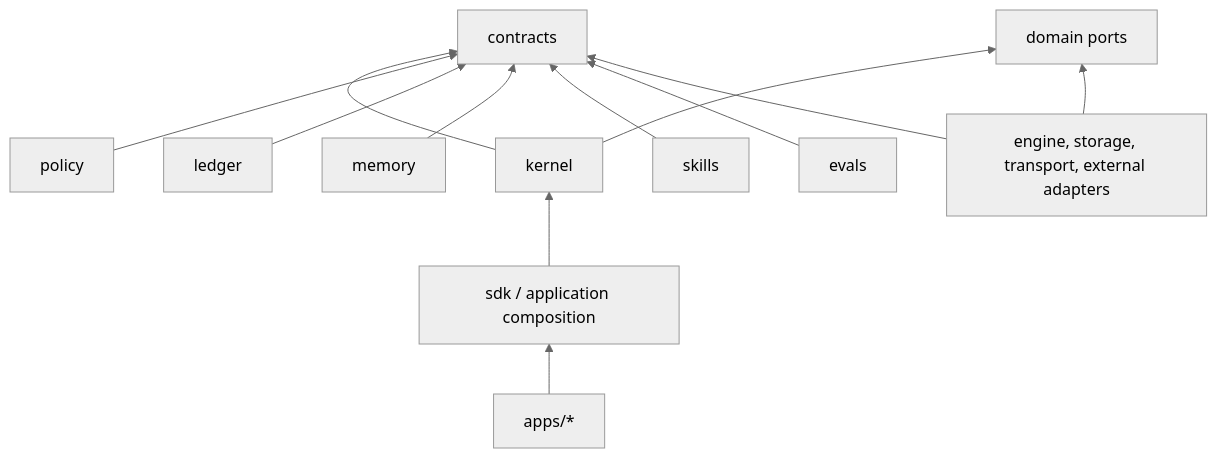
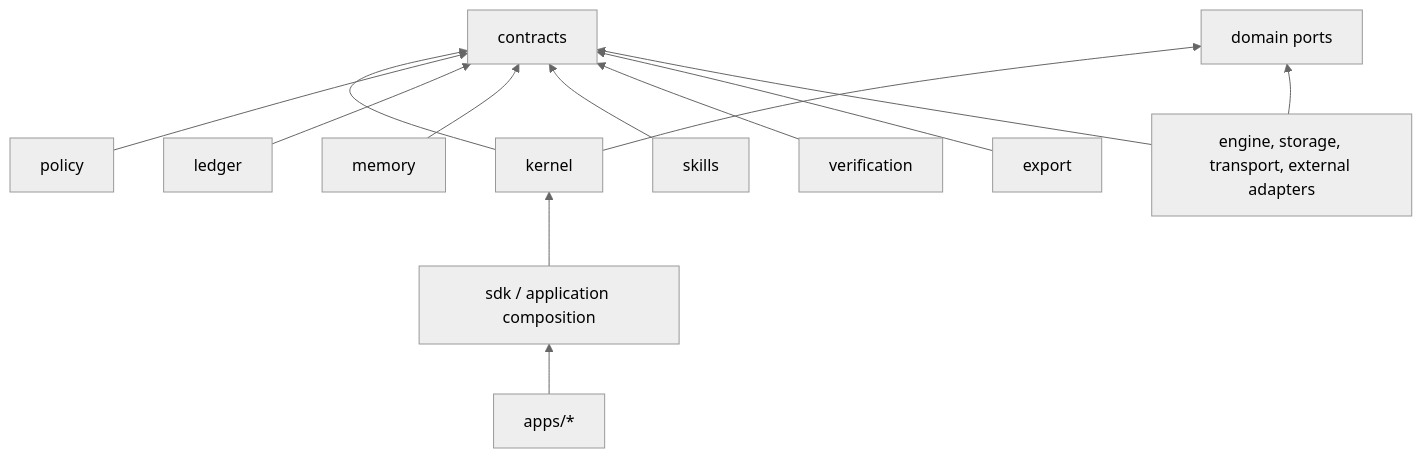
The second of 4 diagrams in docs/ARCHITECTURE.md (lamenting-hawthorn/governed-agent-harness), drawn with Mermaid (neutral theme) before and after one commit. The commit also changed other lines of this file and 4 other files, not shown here.

````diff
--- a/docs/ARCHITECTURE.md
+++ b/docs/ARCHITECTURE.md
@@ -94,14 +96,15 @@
 ```mermaid
 flowchart BT
   Apps["apps/*"] --> SDK["sdk / application composition"]
   SDK --> Kernel["kernel"]
   Kernel --> Contracts["contracts"]
   Kernel --> Ports["domain ports"]
   Policy["policy"] --> Contracts
   Ledger["ledger"] --> Contracts
   Memory["memory"] --> Contracts
   Skills["skills"] --> Contracts
-  Evals["evals"] --> Contracts
+  Verification["verification"] --> Contracts
+  Export["export"] --> Contracts
   Adapters["engine, storage, transport, external adapters"] --> Ports
   Adapters --> Contracts
 ```
````
